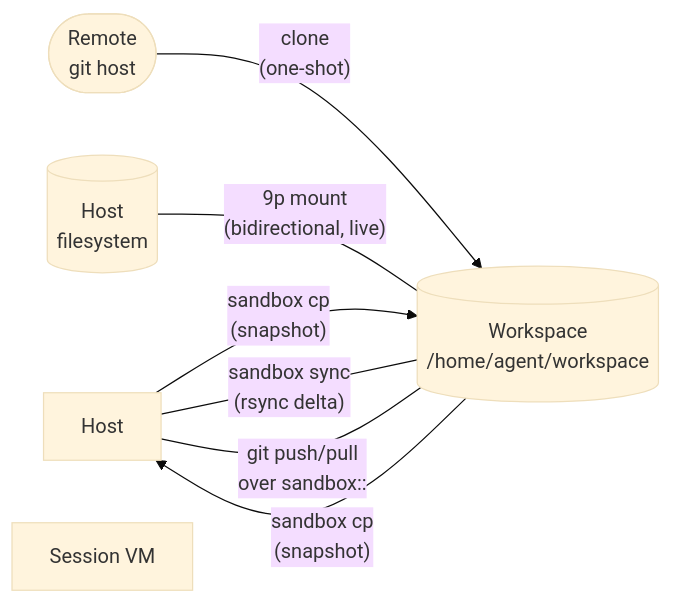
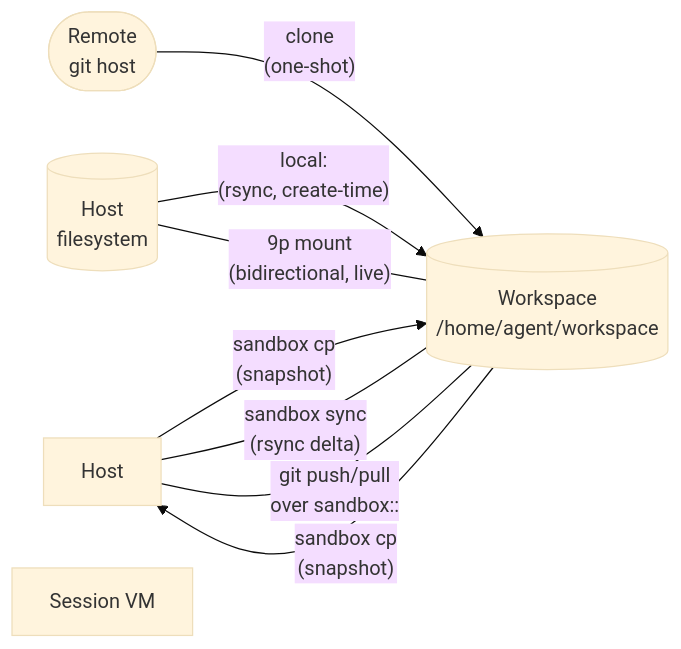
The diagram in docs/concepts/workspaces.md (Koriit/sandboxd), drawn with Mermaid (base theme) before and after one commit. The commit also changed other lines of this file and 18 other files, not shown here.

````diff
--- a/docs/concepts/workspaces.md
+++ b/docs/concepts/workspaces.md
@@ -56,15 +71,16 @@
 ```mermaid
 flowchart LR
     Host["Host"]
     HostFS[("Host<br/>filesystem")]
     Remote(["Remote<br/>git host"])
     VM["Session VM"]
     WS[("Workspace<br/>/home/agent/workspace")]
 
     Remote -- "clone<br/>(one-shot)" --> WS
+    HostFS -- "local:<br/>(rsync, create-time)" --> WS
     HostFS -- "9p mount<br/>(bidirectional, live)" --- WS
     Host -- "sandbox cp<br/>(snapshot)" --> WS
     WS -- "sandbox cp<br/>(snapshot)" --> Host
     Host -- "sandbox sync<br/>(rsync delta)" --- WS
     Host -- "git push/pull<br/>over sandbox::" --- WS
 ```
````
